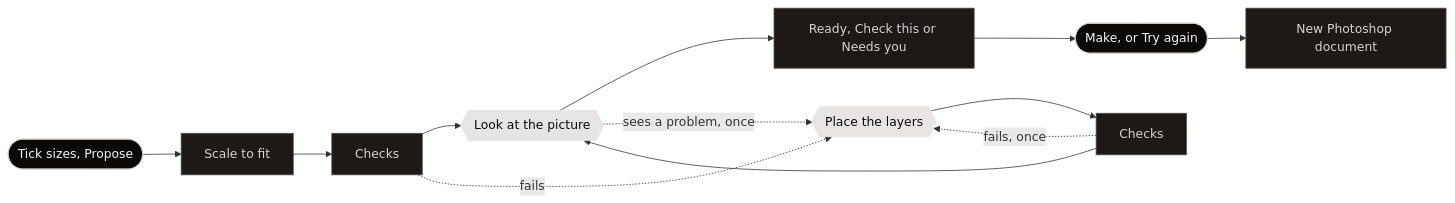
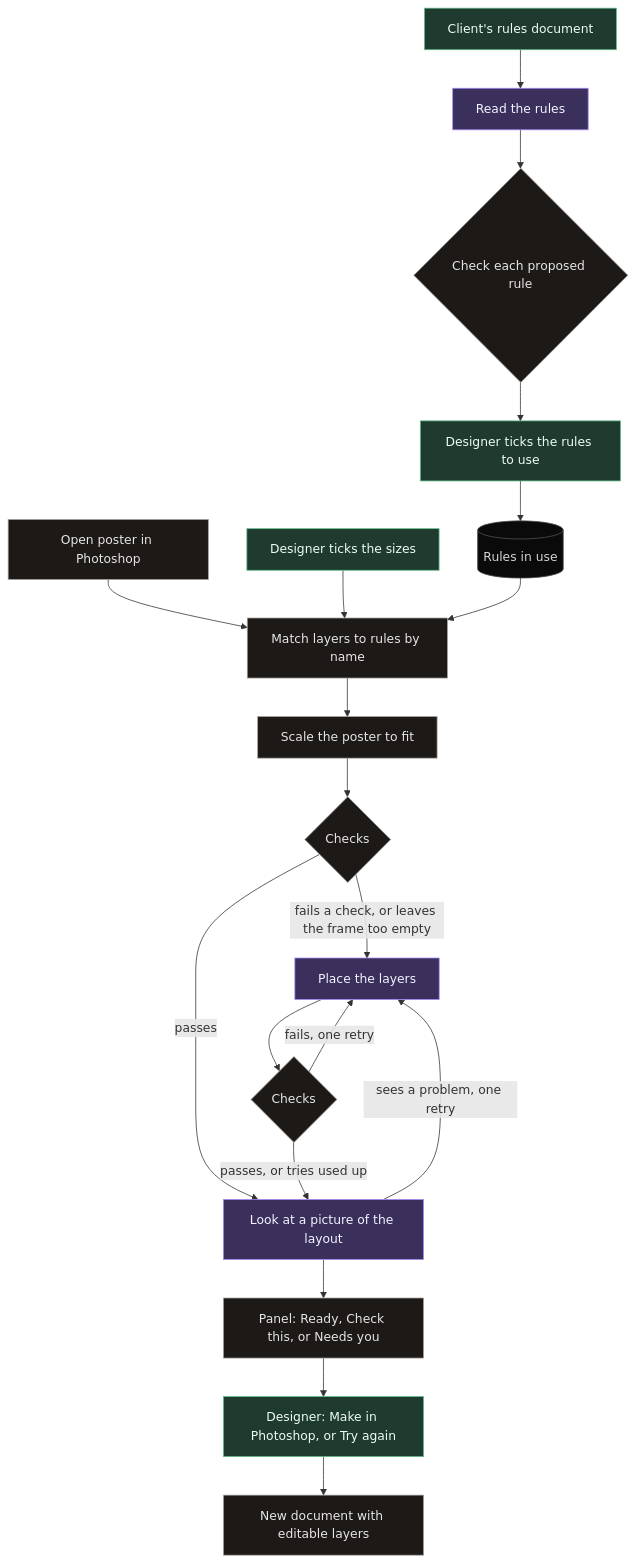
One commit to treydenc/Dimensions-plugin changed the diagram in README.md. Above: the diagram before and after it, drawn with Mermaid. The commit also changed other lines of this file, not shown here.

Commit message:
update read me

````diff
--- a/README.md
+++ b/README.md
@@ -60,19 +40,30 @@
 ```mermaid
-flowchart LR
-  start(["Tick sizes, Propose"]):::person --> fit["Scale to fit"]:::code
-  fit --> c1["Checks"]:::code
-  c1 --> look{{"Look at the picture"}}:::ai
-  look --> label["Ready, Check this or Needs you"]:::code
-  label --> yes(["Make, or Try again"]):::person
-  yes --> ps["New Photoshop document"]:::code
+flowchart TD
+  rulesDoc["Client's rules document"]:::person --> read["Read the rules"]:::ai
+  read --> gateRules{"Check each proposed rule"}:::code
+  gateRules --> tick["Designer ticks the rules to use"]:::person
+  tick --> rules[("Rules in use")]:::store
 
-  c1 -. "fails" .-> place{{"Place the layers"}}:::ai
-  place --> c2["Checks"]:::code
-  c2 --> look
-  c2 -. "fails, once" .-> place
-  look -. "sees a problem, once" .-> place
+  doc["Open poster in Photoshop"]:::code --> match["Match layers to rules by name"]:::code
+  sizes["Designer ticks the sizes"]:::person --> match
+  rules --> match
 
-  classDef person fill:#0c0a09,stroke:#d6d3d1,color:#f5f5f4
-  classDef code fill:#1c1917,stroke:#57534e,color:#d6d3d1
-  classDef ai fill:#e7e5e4,stroke:#e7e5e4,color:#0c0a09
+  match --> fit["Scale the poster to fit"]:::code
+  fit --> gate1{"Checks"}:::code
+  gate1 -- "fails a check, or leaves the frame too empty" --> place["Place the layers"]:::ai
+  place --> gate2{"Checks"}:::code
+  gate2 -- "fails, one retry" --> place
+
+  gate1 -- "passes" --> look["Look at a picture of the layout"]:::ai
+  gate2 -- "passes, or tries used up" --> look
+  look -- "sees a problem, one retry" --> place
+
+  look --> panel["Panel: Ready, Check this, or Needs you"]:::code
+  panel --> yes["Designer: Make in Photoshop, or Try again"]:::person
+  yes --> ps["New document with editable layers"]:::code
+
+  classDef ai fill:#3b2f5c,stroke:#a78bfa,color:#f5f3ff
+  classDef code fill:#1c1917,stroke:#a8a29e,color:#e7e5e4
+  classDef person fill:#1f3a2e,stroke:#5fbf8a,color:#ecfdf5
+  classDef store fill:#0a0a0a,stroke:#57534e,color:#d6d3d1
 ```
````
